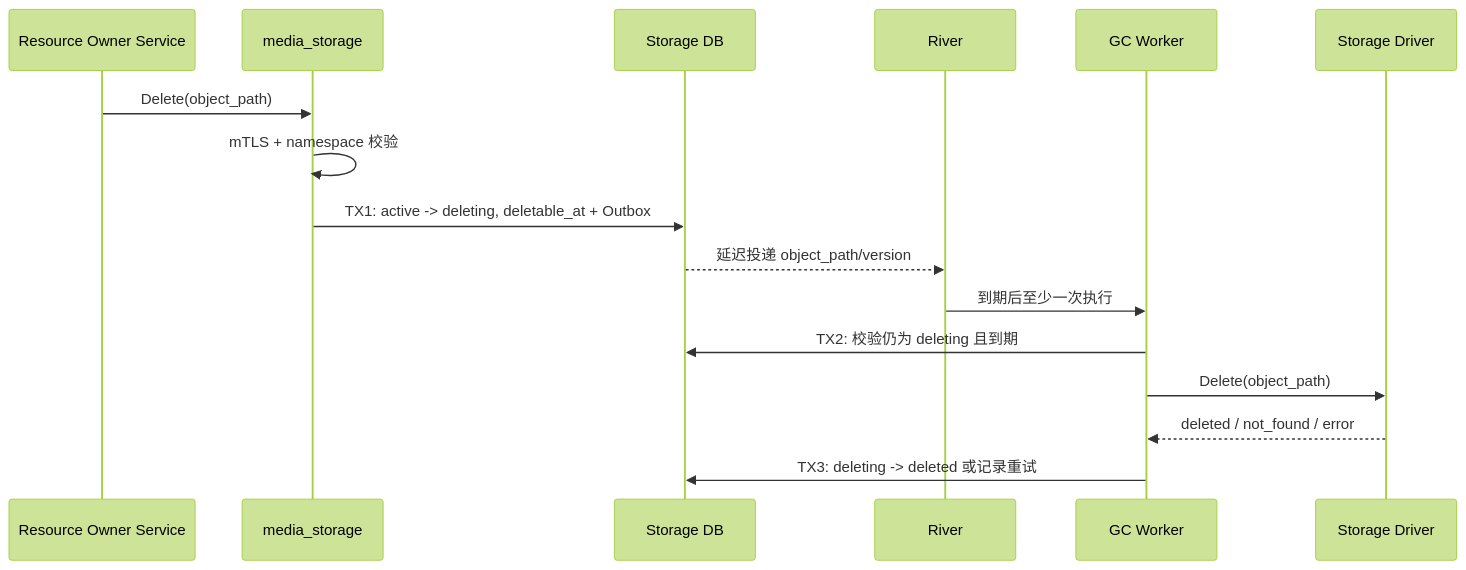
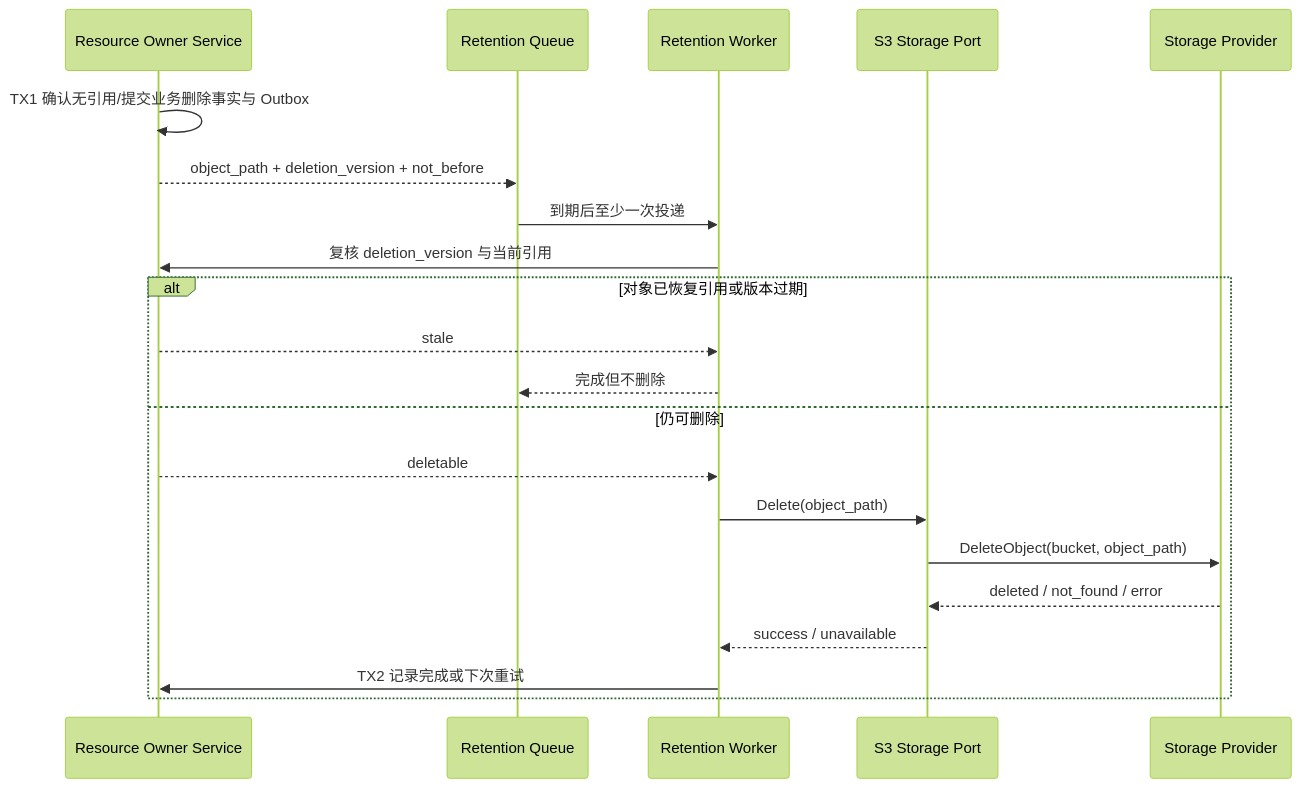
Before and after one commit to hotttao/media_agent: the diagram in docs/ddd/media_storage/workflow/0001-object_retention_gc/object_retention_gc.md, drawn with Mermaid (forest theme). The commit also changed other lines of this file and 130 other files, not shown here.

````diff
--- a/docs/ddd/media_storage/workflow/0001-object_retention_gc/object_retention_gc.md
+++ b/docs/ddd/media_storage/workflow/0001-object_retention_gc/object_retention_gc.md
@@ -20,18 +28,24 @@
 ```mermaid
 sequenceDiagram
     participant O as Resource Owner Service
-    participant S as media_storage
-    participant DB as Storage DB
-    participant Q as River
-    participant W as GC Worker
-    participant D as Storage Driver
-    O->>S: Delete(object_path)
-    S->>S: mTLS + namespace 校验
-    S->>DB: TX1: active -> deleting, deletable_at + Outbox
-    DB-->>Q: 延迟投递 object_path/version
-    Q->>W: 到期后至少一次执行
-    W->>DB: TX2: 校验仍为 deleting 且到期
-    W->>D: Delete(object_path)
-    D-->>W: deleted / not_found / error
-    W->>DB: TX3: deleting -> deleted 或记录重试
+    participant Q as Retention Queue
+    participant W as Retention Worker
+    participant P as S3 Storage Port
+    participant S as Storage Provider
+
+    O->>O: TX1 确认无引用/提交业务删除事实与 Outbox
+    O-->>Q: object_path + deletion_version + not_before
+    Q->>W: 到期后至少一次投递
+    W->>O: 复核 deletion_version 与当前引用
+    alt 对象已恢复引用或版本过期
+        O-->>W: stale
+        W-->>Q: 完成但不删除
+    else 仍可删除
+        O-->>W: deletable
+        W->>P: Delete(object_path)
+        P->>S: DeleteObject(bucket, object_path)
+        S-->>P: deleted / not_found / error
+        P-->>W: success / unavailable
+        W->>O: TX2 记录完成或下次重试
+    end
 ```
````
